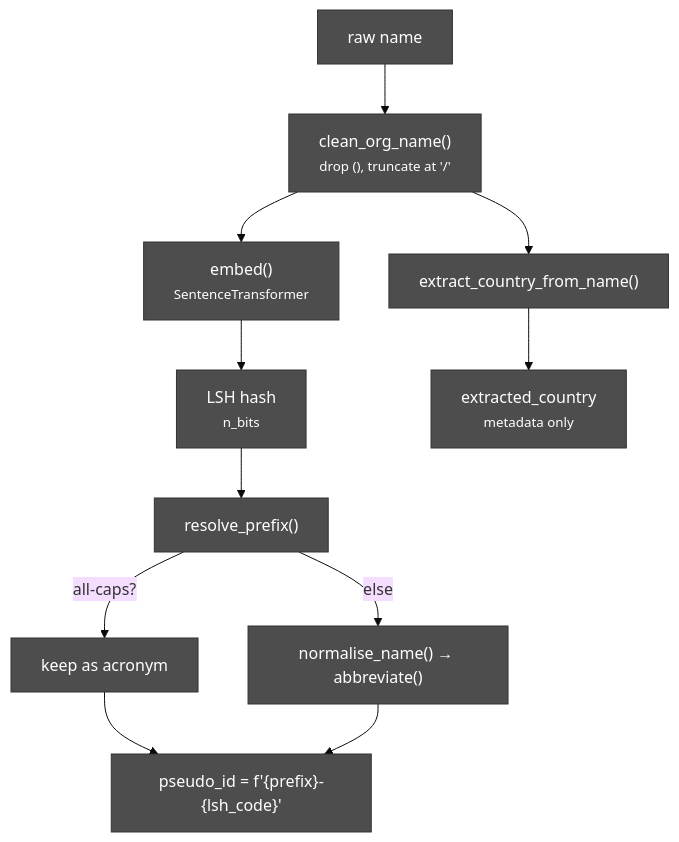
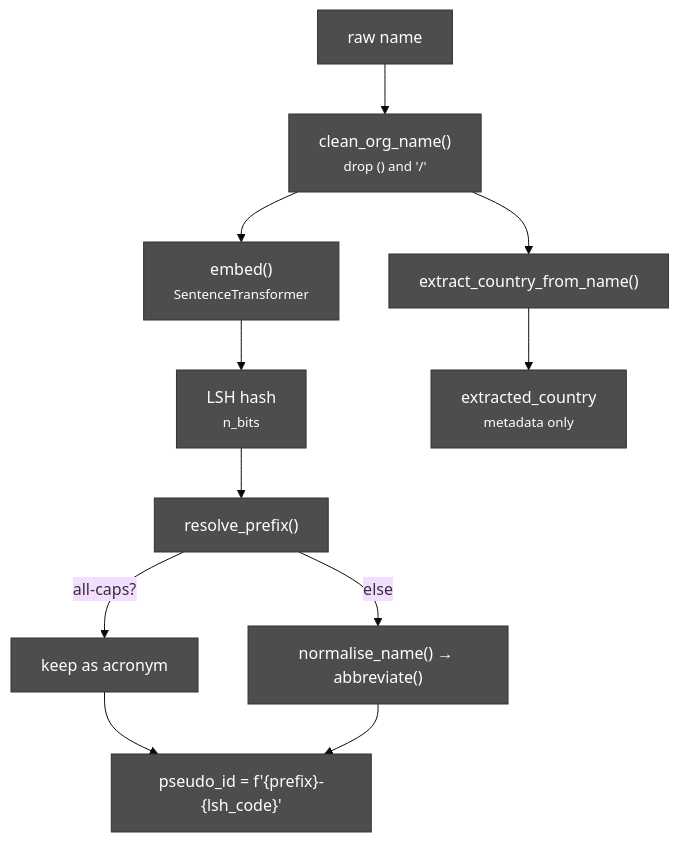
Before and after one commit to babettology/Organisation-IDs: the diagram in README.md, drawn with Mermaid (base theme).

Commit message:
Fix mermaid diagram text in README.md

````diff
--- a/README.md
+++ b/README.md
@@ -50,24 +50,24 @@
 ```mermaid
 flowchart TD
-    A["raw name"] --> B["clean_org_name()<br/><small>drop (), truncate at '/'</small>"]
+    A["raw name"] --> B["clean_org_name()<br/><small>drop () and '/'</small>"]
     B --> C["embed()<br/><small>SentenceTransformer</small>"]
     B --> D["extract_country_from_name()"]
     C --> E["LSH hash<br/><small>n_bits</small>"]
     D --> F["extracted_country<br/><small>metadata only</small>"]
     E --> G["resolve_prefix()"]
     G -->|"all-caps?"| G1["keep as acronym"]
     G -->|"else"| G2["normalise_name() → abbreviate()"]
     G1 --> H["pseudo_id = f'{prefix}-{lsh_code}'"]
     G2 --> H
 
     style A fill:#4d4d4d,stroke:#333,color:#ffffff
     style B fill:#4d4d4d,stroke:#333,color:#ffffff
     style C fill:#4d4d4d,stroke:#333,color:#ffffff
     style D fill:#4d4d4d,stroke:#333,color:#ffffff
     style E fill:#4d4d4d,stroke:#333,color:#ffffff
     style F fill:#4d4d4d,stroke:#333,color:#ffffff
     style G fill:#4d4d4d,stroke:#333,color:#ffffff
     style G1 fill:#4d4d4d,stroke:#333,color:#ffffff
     style G2 fill:#4d4d4d,stroke:#333,color:#ffffff
     style H fill:#4d4d4d,stroke:#333,color:#ffffff
 ```
````
